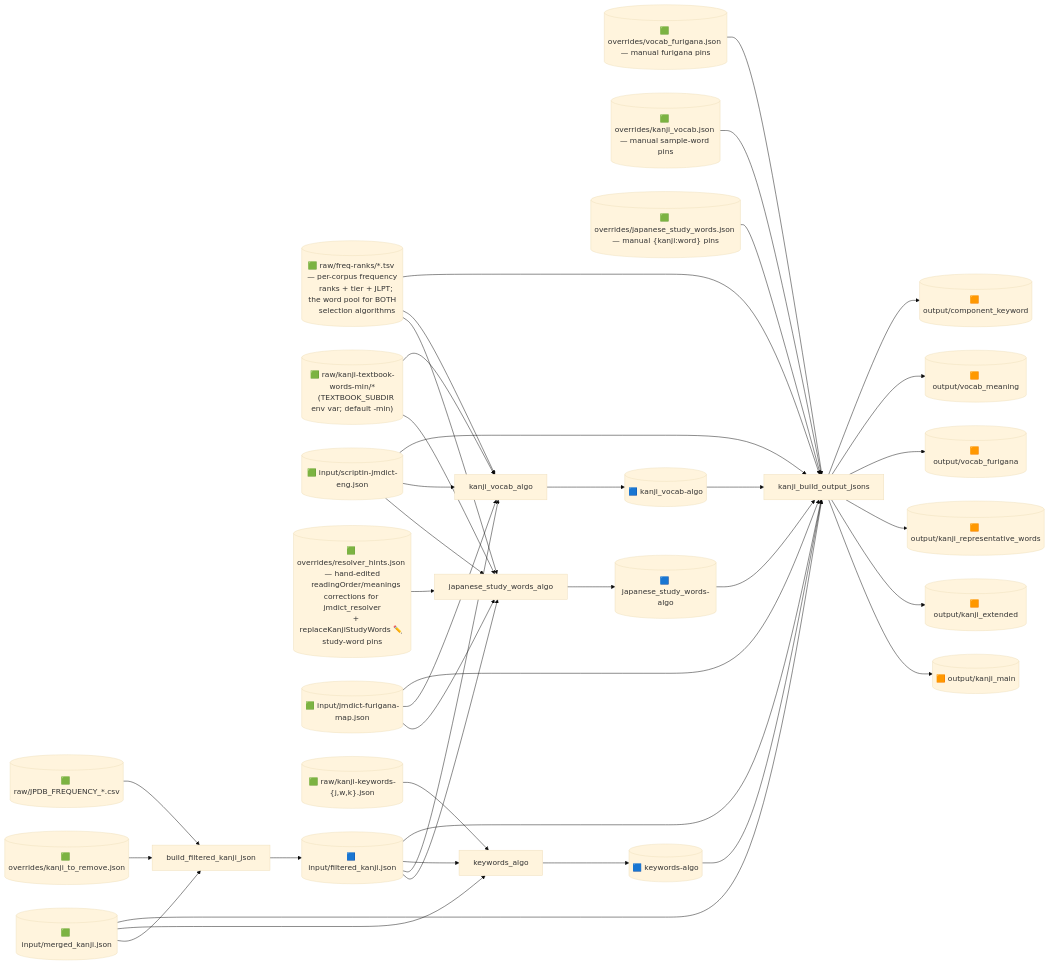
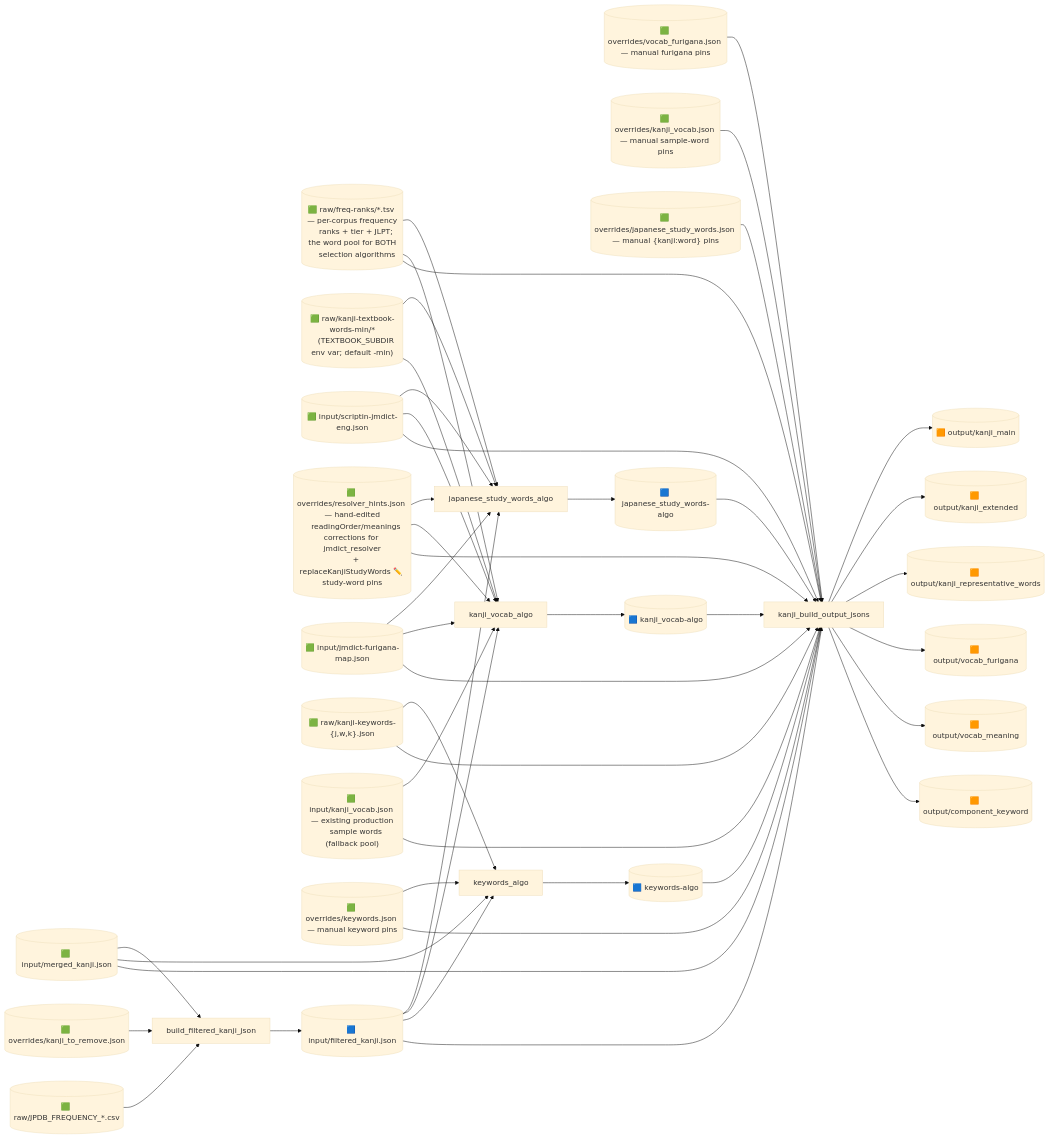
One commit to PikaPikaGems/kanji-heatmap-data changed the second of 8 diagrams in notes/flowchart.md. Above: the diagram before and after it, drawn with Mermaid (base theme). The commit also changed other lines of this file and 9 other files, not shown here.

````diff
--- a/notes/flowchart.md
+++ b/notes/flowchart.md
@@ -88,6 +103,9 @@
     %% analog of the -algo files) — shown here because they feed S6, not the algos.
     kvman[("🟩 overrides/kanji_vocab.json — manual sample-word pins")]
     jswman[("🟩 overrides/japanese_study_words.json — manual {kanji:word} pins")]
+    kvexist[("🟩 input/kanji_vocab.json — existing production
+    sample words (fallback pool)")]
+    kwman[("🟩 overrides/keywords.json — manual keyword pins")]
 
     %% scripts
     S1[build_filtered_kanji_json]
@@ -130,11 +148,14 @@
     textbook --> S3
     jmdict --> S3
     furimap --> S3
+    hints --> S3
+    kvexist --> S3
     S3 --> kv
 
     merged --> SK
     keywordsraw --> SK
     filt --> SK
+    kwman --> SK
     SK --> kwalgo
 
     %% final build — generates furigana/meanings on the fly
@@ -142,12 +163,16 @@
     merged --> S6
     kv --> S6
     kvman --> S6
+    kvexist --> S6
     vfman --> S6
     furimap --> S6
     freqranks --> S6
     jsw --> S6
     jswman --> S6
     kwalgo --> S6
+    kwman --> S6
+    keywordsraw --> S6
+    hints --> S6
     jmdict --> S6
     S6 --> main & extd & repw & outvf & outvm & compkw
 ```
````
